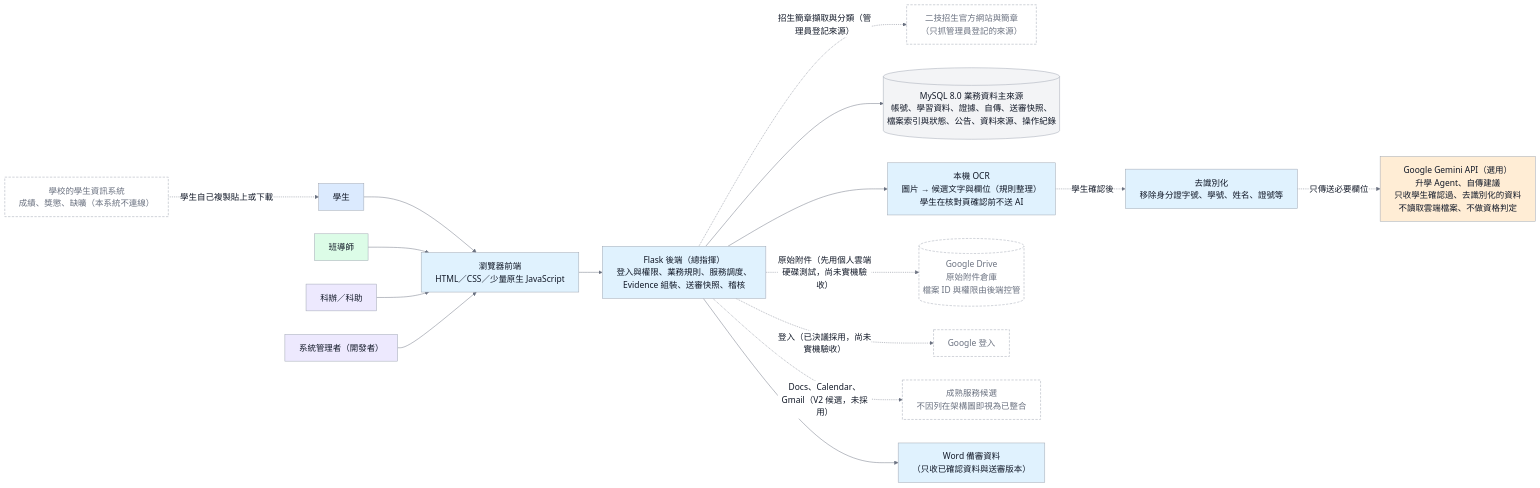
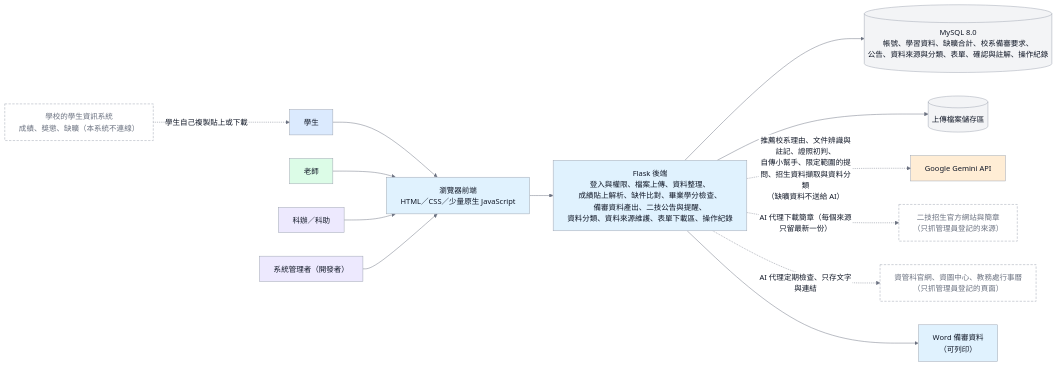
One commit to 111534107/smart-learning-portfolio-main changed diagram 13 of 19 in docs/04_圖表與介面/03_檢查與圖表規範/diagrams.md. Above: the diagram before and after it, drawn with Mermaid. The commit also changed other lines of this file and 841 other files, not shown here.

````diff
--- a/docs/04_圖表與介面/03_檢查與圖表規範/diagrams.md
+++ b/docs/04_圖表與介面/03_檢查與圖表規範/diagrams.md
@@ -621,38 +600,34 @@
 ```mermaid
-%%{init: {'theme':'base','themeVariables': {'fontSize':'18px','fontFamily':'DFKai-SB, BiauKai, serif','primaryColor':'#F3F4F6','primaryTextColor':'#111827','primaryBorderColor':'#9CA3AF','lineColor':'#6B7280','edgeLabelBackground':'#FFFFFF'},'flowchart':{'wrappingWidth':400}}}%%
+%%{init: {'theme':'base','themeVariables': {'fontFamily':'Microsoft JhengHei, Noto Sans TC, Arial, sans-serif','primaryColor':'#F3F4F6','primaryTextColor':'#111827','primaryBorderColor':'#9CA3AF','lineColor':'#6B7280','edgeLabelBackground':'#FFFFFF'},'flowchart':{'wrappingWidth':400}}}%%
 flowchart LR
     classDef student fill:#DBEAFE,stroke:#9CA3AF,color:#111827,stroke-width:1px;
     classDef teacher fill:#DCFCE7,stroke:#9CA3AF,color:#111827,stroke-width:1px;
     classDef admin fill:#EDE9FE,stroke:#9CA3AF,color:#111827,stroke-width:1px;
     classDef backend fill:#E0F2FE,stroke:#9CA3AF,color:#111827,stroke-width:1px;
     classDef db fill:#F3F4F6,stroke:#9CA3AF,color:#111827,stroke-width:1px;
     classDef ai fill:#FFEDD5,stroke:#9CA3AF,color:#111827,stroke-width:1px;
     classDef external fill:#FFFFFF,stroke:#9CA3AF,color:#6B7280,stroke-width:1px,stroke-dasharray:5 3;
-    classDef pending fill:#FFFFFF,stroke:#9CA3AF,color:#6B7280,stroke-width:1px,stroke-dasharray:5 3;
 
     School[學校的學生資訊系統<br/>成績、獎懲、缺曠（本系統不連線）]:::external
+    Campus[資管科官網、資圖中心、教務處行事曆<br/>（只抓管理員登記的頁面）]:::external
     Official[二技招生官方網站與簡章<br/>（只抓管理員登記的來源）]:::external
     Student[學生]:::student
-    Teacher[班導師]:::teacher
+    Teacher[老師]:::teacher
     Staff[科辦／科助]:::admin
     Admin[系統管理者（開發者）]:::admin
 
     School -. 學生自己複製貼上或下載 .-> Student
     Student --> UI
     Teacher --> UI
     Staff --> UI
     Admin --> UI
 
     UI[瀏覽器前端<br/>HTML／CSS／少量原生 JavaScript]:::backend
-    UI --> App[Flask 後端（總指揮）<br/>登入與權限、業務規則、服務調度、<br/>Evidence 組裝、送審快照、稽核]:::backend
-    App --> DB[(MySQL 8.0 業務資料主來源<br/>帳號、學習資料、證據、自傳、送審快照、<br/>檔案索引與狀態、公告、資料來源、操作紀錄)]:::db
-    App --> OCR[本機 OCR<br/>圖片 → 候選文字與欄位（規則整理）<br/>學生在核對頁確認前不送 AI]:::backend
-    OCR -. 學生確認後 .-> Dewash[去識別化<br/>移除身分證字號、學號、姓名、證號等]:::backend
-    Dewash -. 只傳送必要欄位 .-> Gemini[Google Gemini API（選用）<br/>升學 Agent、自傳建議<br/>只收學生確認過、去識別化的資料<br/>不讀取雲端檔案、不做資格判定]:::ai
-    App -. 招生簡章擷取與分類（管理員登記來源） .-> Official
-
-    App -. 原始附件（先用個人雲端硬碟測試，尚未實機驗收）.-> Drive[(Google Drive<br/>原始附件倉庫<br/>檔案 ID 與權限由後端控管)]:::pending
-    App -. 登入（已決議採用，尚未實機驗收）.-> GLogin[Google 登入]:::pending
-    App -. Docs、Calendar、Gmail（V2 候選，未採用）.-> Svc[成熟服務候選<br/>不因列在架構圖即視為已整合]:::pending
-    App --> Doc[Word 備審資料<br/>（只收已確認資料與送審版本）]:::backend
+    UI --> App[Flask 後端<br/>登入與權限、檔案上傳、資料整理、<br/>成績貼上解析、缺件比對、畢業學分檢查、<br/>備審資料產出、二技公告與提醒、<br/>資料分類、資料來源維護、表單下載區、操作紀錄]:::backend
+    App --> DB[(MySQL 8.0<br/>帳號、學習資料、缺曠合計、校系備審要求、<br/>公告、資料來源與分類、表單、確認與註解、操作紀錄)]:::db
+    App --> Files[(上傳檔案儲存區)]:::db
+    App -. 推薦校系理由、文件辨識與註記、證照初判、<br/>自傳小幫手、限定範圍的提問、招生資料擷取與資料分類<br/>（缺曠資料不送給 AI） .-> Gemini[Google Gemini API]:::ai
+    App -. AI 代理下載簡章（每個來源只留最新一份） .-> Official
+    App -. AI 代理定期檢查、只存文字與連結 .-> Campus
+    App --> Doc[Word 備審資料<br/>（可列印）]:::backend
 ```
````
